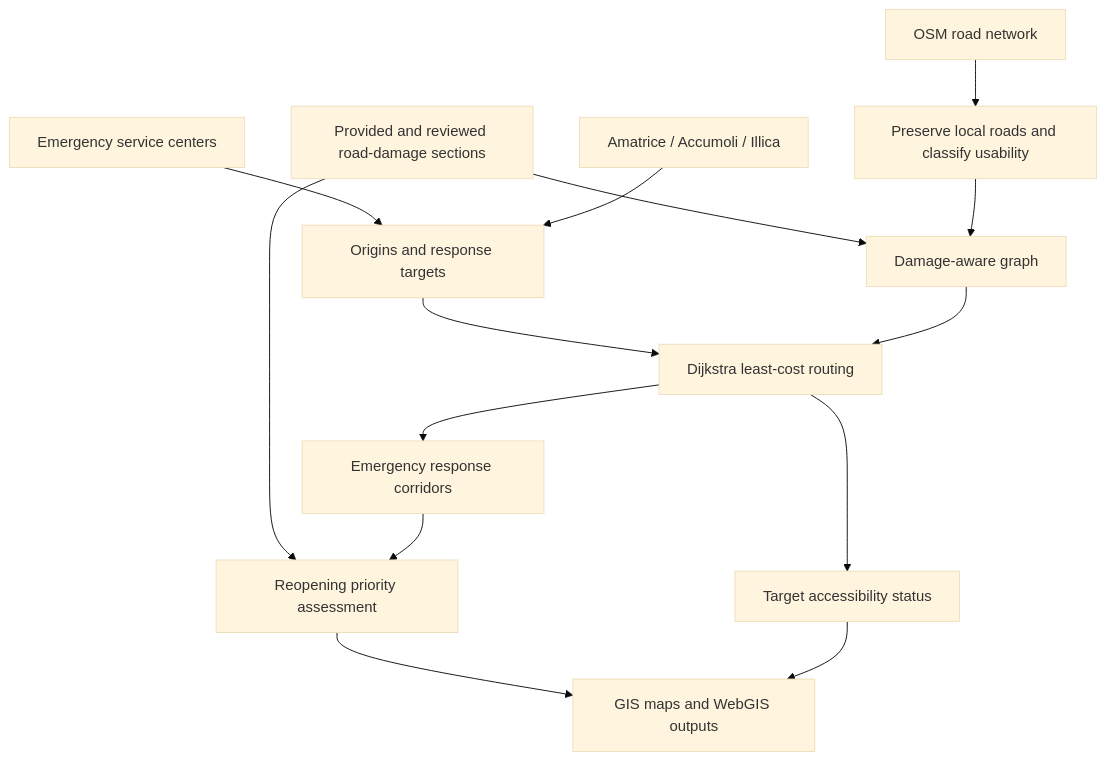
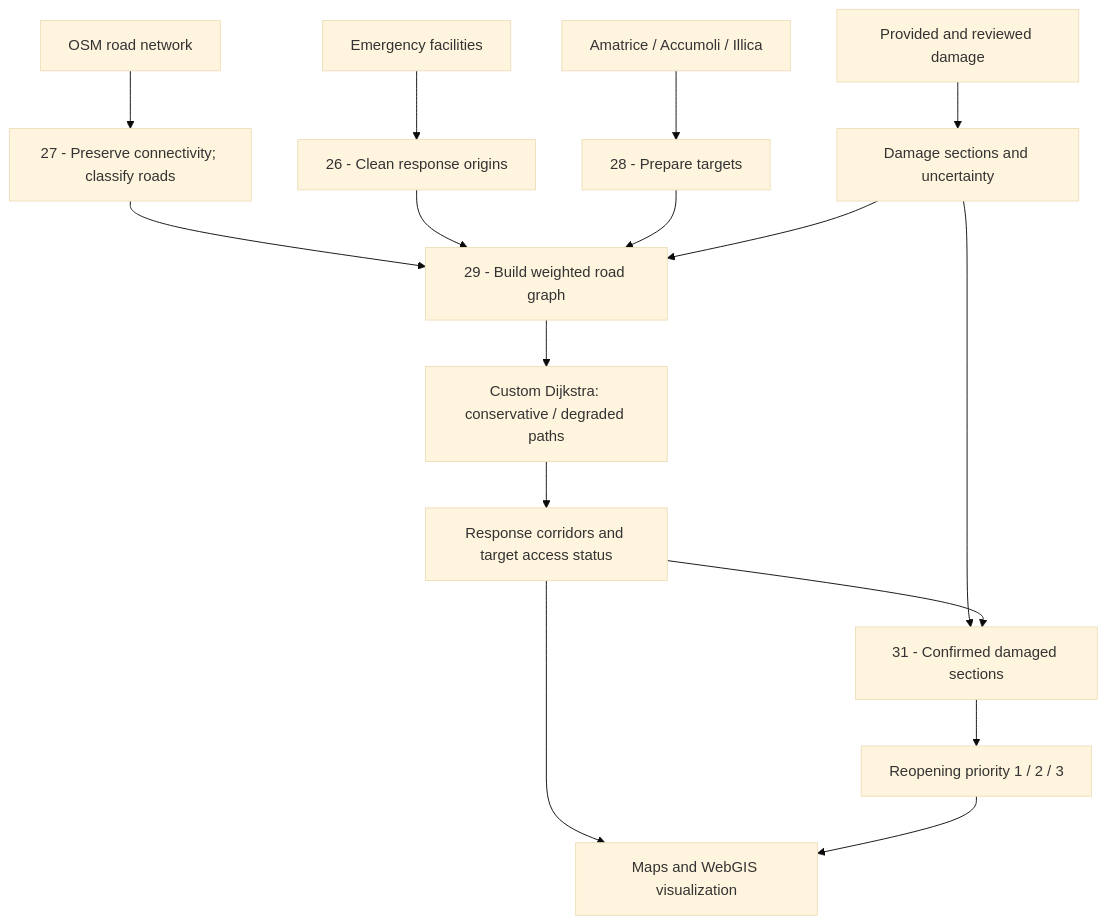
One commit to amirshokri17/seismic-emergency-road-accessibility changed the diagram in README.md. Above: the diagram before and after it, drawn with Mermaid (base theme). The commit also changed other lines of this file, not shown here.

Commit message:
Present published GPEM code, Dijkstra approach, setup, tests and limitations accurately

````diff
--- a/README.md
+++ b/README.md
@@ -15,16 +17,18 @@
 ```mermaid
 flowchart TD
-    A[OSM road network] --> B[Preserve local roads and classify usability]
-    C[Emergency service centers] --> F[Origins and response targets]
-    D[Amatrice / Accumoli / Illica] --> F
-    E[Provided and reviewed road-damage sections] --> G[Damage-aware graph]
-    B --> G
-    F --> H[Dijkstra least-cost routing]
+    A[OSM road network] --> B[27 - Preserve connectivity; classify roads]
+    S[Emergency facilities] --> C[26 - Clean response origins]
+    T[Amatrice / Accumoli / Illica] --> D[28 - Prepare targets]
+    F[Provided and reviewed damage] --> G[Damage sections and uncertainty]
+    B --> H[29 - Build weighted road graph]
+    C --> H
+    D --> H
     G --> H
-    H --> I[Emergency response corridors]
-    H --> J[Target accessibility status]
-    E --> K[Reopening priority assessment]
-    I --> K
-    K --> L[GIS maps and WebGIS outputs]
-    J --> L
+    H --> I[Custom Dijkstra: conservative / degraded paths]
+    I --> J[Response corridors and target access status]
+    G --> K[31 - Confirmed damaged sections]
+    J --> K
+    K --> L[Reopening priority 1 / 2 / 3]
+    J --> M[Maps and WebGIS visualization]
+    L --> M
 ```
````
